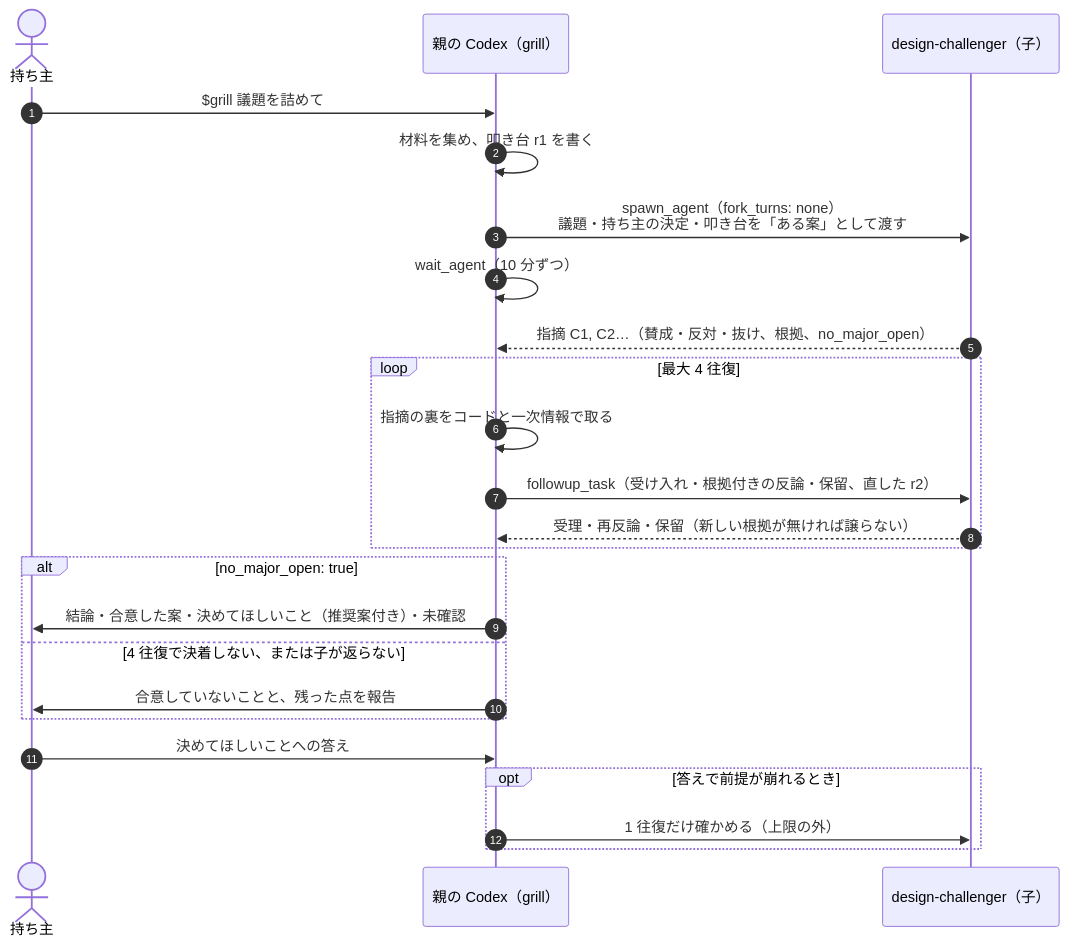
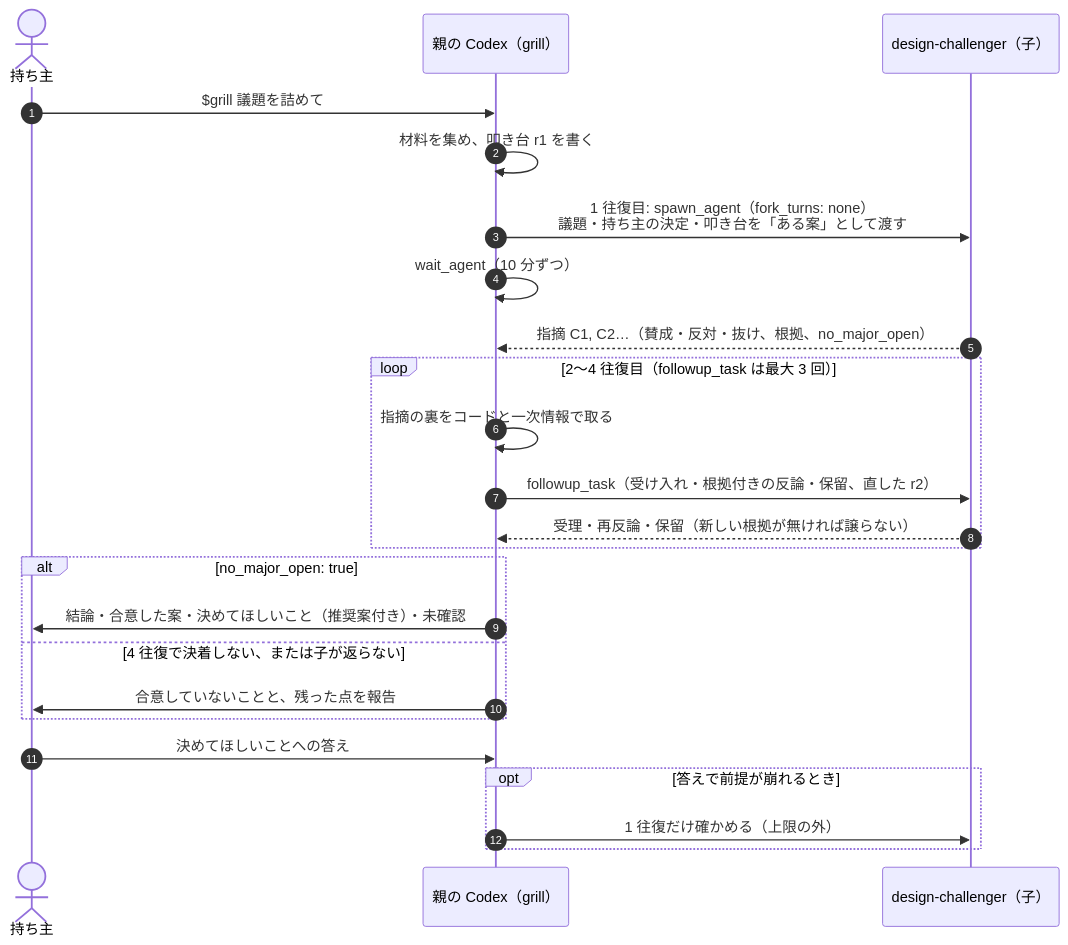
Before and after one commit to iroha924/dev-com: the fifth of 6 diagrams in README.md, drawn with Mermaid. The commit also changed other lines of this file and 1 other file, not shown here.

Commit message:
docs: 図と本文を実装に合わせ、Unblock-File を自分の skill だけにかける（レビューの指摘）

````diff
--- a/README.md
+++ b/README.md
@@ -369,26 +367,26 @@
 ```mermaid
 sequenceDiagram
     autonumber
     actor O as 持ち主
     participant P as 親の Codex（grill）
     participant C as design-challenger（子）
     O->>P: $grill 議題を詰めて
     P->>P: 材料を集め、叩き台 r1 を書く
-    P->>C: spawn_agent（fork_turns: none）<br/>議題・持ち主の決定・叩き台を「ある案」として渡す
+    P->>C: 1 往復目: spawn_agent（fork_turns: none）<br/>議題・持ち主の決定・叩き台を「ある案」として渡す
     P->>P: wait_agent（10 分ずつ）
     C-->>P: 指摘 C1, C2…（賛成・反対・抜け、根拠、no_major_open）
-    loop 最大 4 往復
+    loop 2〜4 往復目（followup_task は最大 3 回）
         P->>P: 指摘の裏をコードと一次情報で取る
         P->>C: followup_task（受け入れ・根拠付きの反論・保留、直した r2）
         C-->>P: 受理・再反論・保留（新しい根拠が無ければ譲らない）
     end
     alt no_major_open: true
         P->>O: 結論・合意した案・決めてほしいこと（推奨案付き）・未確認
     else 4 往復で決着しない、または子が返らない
         P->>O: 合意していないことと、残った点を報告
     end
     O->>P: 決めてほしいことへの答え
     opt 答えで前提が崩れるとき
         P->>C: 1 往復だけ確かめる（上限の外）
     end
 ```
````
